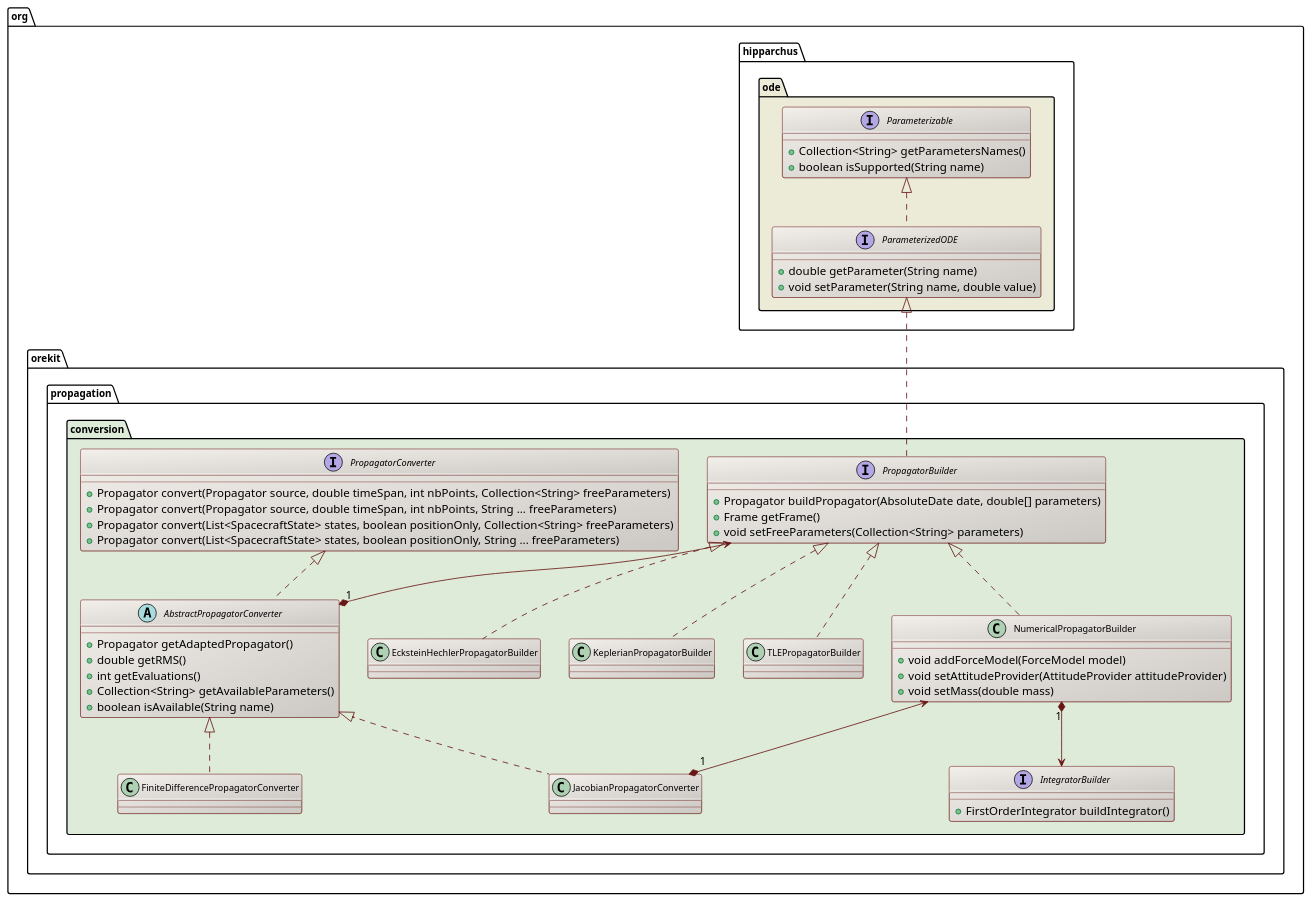
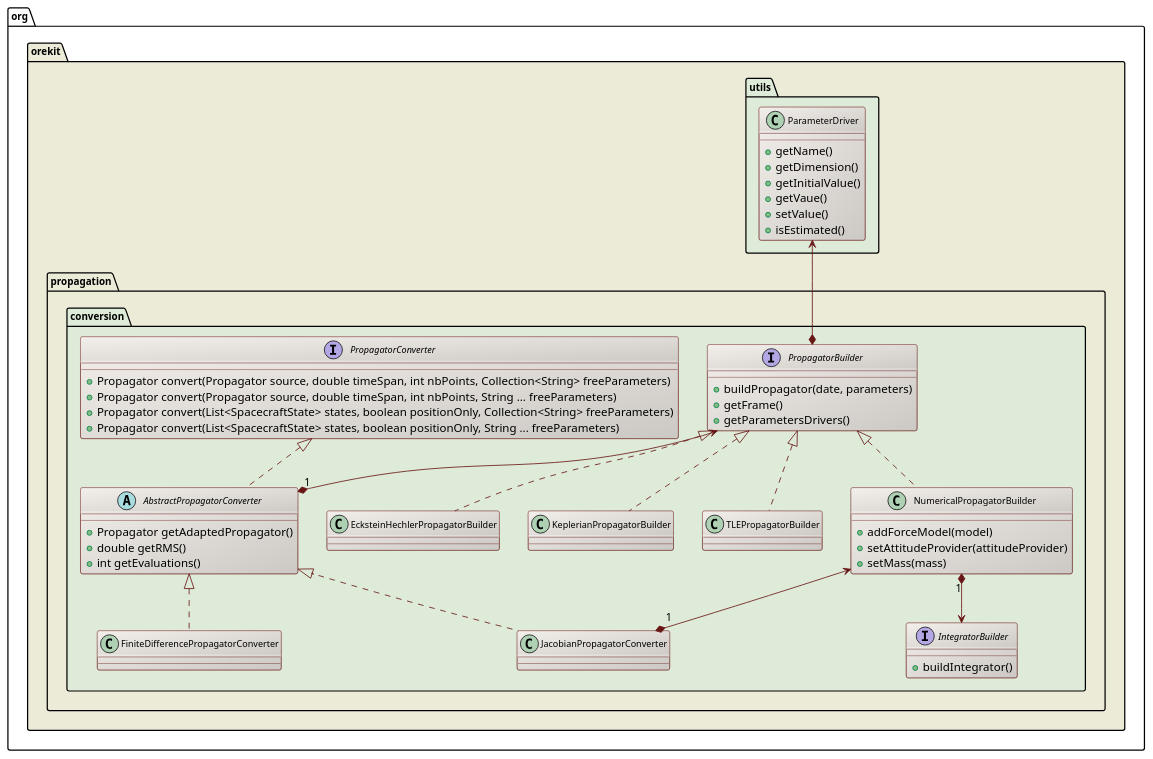
Before and after one commit to CS-SI/Orekit: the diagram in src/design/propagator-conversion-class-diagram.puml, drawn with PlantUML. The commit also changed 7 other files, not shown here.

Commit message:
Updated UML diagrams with latest version.

```diff
--- a/src/design/propagator-conversion-class-diagram.puml
+++ b/src/design/propagator-conversion-class-diagram.puml
@@ -17,88 +17,83 @@
 @startuml
 
   skinparam svek                  true
   skinparam ClassBackgroundColor  #F3EFEB/CCC9C5
   skinparam ClassArrowColor       #691616
   skinparam ClassBorderColor      #691616
   skinparam NoteBackgroundColor   #F3EFEB
   skinparam NoteBorderColor       #691616
   skinparam NoteFontColor         #691616
   skinparam ClassFontSize         11
   skinparam PackageFontSize       12
 
-  package org.hipparchus.ode #ECEBD8 {
-
-    interface Parameterizable {
-      +Collection<String> getParametersNames()
-      +boolean isSupported(String name) 
+  package org.orekit #ECEBD8 {
+    package utils #DDEBD8 {
+      class ParameterDriver {
+        +getName()
+        +getDimension()
+        +getInitialValue()
+        +getVaue()
+        +setValue()
+        +isEstimated()
+      }
     }
 
-    interface ParameterizedODE {
-      +double getParameter(String name) 
-      +void setParameter(String name, double value)
+    package propagation.conversion #DDEBD8 {
+
+      interface PropagatorBuilder {
+        +buildPropagator(date, parameters)
+        +getFrame()
+        +getParametersDrivers()
+      }
+
+      class EcksteinHechlerPropagatorBuilder
+      class KeplerianPropagatorBuilder
+      class TLEPropagatorBuilder
+
+      class NumericalPropagatorBuilder {
+        +addForceModel(model)
+        +setAttitudeProvider(attitudeProvider)
+        +setMass(mass)
+      }
+
+      interface PropagatorConverter {
+        +Propagator convert(Propagator source, double timeSpan, int nbPoints, Collection<String> freeParameters)
+        +Propagator convert(Propagator source, double timeSpan, int nbPoints, String ... freeParameters)
+        +Propagator convert(List<SpacecraftState> states, boolean positionOnly, Collection<String> freeParameters)
+        +Propagator convert(List<SpacecraftState> states, boolean positionOnly, String ... freeParameters)
+      }
+
+      abstract class AbstractPropagatorConverter {
+        +Propagator getAdaptedPropagator()
+        +double getRMS()
+        +int getEvaluations()
+      }
+
+      class FiniteDifferencePropagatorConverter
+      class JacobianPropagatorConverter
+
+      interface IntegratorBuilder {
+        +buildIntegrator()
+      }
+
+      ParameterDriver  <--* PropagatorBuilder
+      PropagatorBuilder <|.. EcksteinHechlerPropagatorBuilder
+      PropagatorBuilder <|.. KeplerianPropagatorBuilder
+      PropagatorBuilder <|.. NumericalPropagatorBuilder
+      PropagatorBuilder <|.. TLEPropagatorBuilder
+
+      PropagatorConverter <|.. AbstractPropagatorConverter
+      AbstractPropagatorConverter <|.. JacobianPropagatorConverter
+      AbstractPropagatorConverter <|.. FiniteDifferencePropagatorConverter
+
+      PropagatorBuilder <--* "1" AbstractPropagatorConverter
+
+      NumericalPropagatorBuilder <-* "1" JacobianPropagatorConverter
+
+      NumericalPropagatorBuilder "1" *--> IntegratorBuilder
+
     }
-    
-    Parameterizable <|.. ParameterizedODE
-
-  }
-
-  package org.orekit.propagation.conversion #DDEBD8 {
-
-    interface PropagatorBuilder {
-      +Propagator buildPropagator(AbsoluteDate date, double[] parameters)
-      +Frame getFrame()
-      +void setFreeParameters(Collection<String> parameters)
-    }
-
-    class EcksteinHechlerPropagatorBuilder
-    class KeplerianPropagatorBuilder
-    class TLEPropagatorBuilder
-
-    class NumericalPropagatorBuilder {
-      +void addForceModel(ForceModel model)
-      +void setAttitudeProvider(AttitudeProvider attitudeProvider)
-      +void setMass(double mass)
-    }
-
-    interface PropagatorConverter {
-      +Propagator convert(Propagator source, double timeSpan, int nbPoints, Collection<String> freeParameters)
-      +Propagator convert(Propagator source, double timeSpan, int nbPoints, String ... freeParameters)
-      +Propagator convert(List<SpacecraftState> states, boolean positionOnly, Collection<String> freeParameters)
-      +Propagator convert(List<SpacecraftState> states, boolean positionOnly, String ... freeParameters)
-    }
-
-    abstract class AbstractPropagatorConverter {
-      +Propagator getAdaptedPropagator()
-      +double getRMS()
-      +int getEvaluations()
-      +Collection<String> getAvailableParameters()
-      +boolean isAvailable(String name)
-    }
-
-    class FiniteDifferencePropagatorConverter
-    class JacobianPropagatorConverter
-
-    interface IntegratorBuilder {
-      +FirstOrderIntegrator buildIntegrator()
-    }
-
-    ParameterizedODE  <|.. PropagatorBuilder
-    PropagatorBuilder <|.. EcksteinHechlerPropagatorBuilder
-    PropagatorBuilder <|.. KeplerianPropagatorBuilder
-    PropagatorBuilder <|.. NumericalPropagatorBuilder
-    PropagatorBuilder <|.. TLEPropagatorBuilder
-
-    PropagatorConverter <|.. AbstractPropagatorConverter
-    AbstractPropagatorConverter <|.. JacobianPropagatorConverter
-    AbstractPropagatorConverter <|.. FiniteDifferencePropagatorConverter
-
-    PropagatorBuilder <--* "1" AbstractPropagatorConverter
-
-    NumericalPropagatorBuilder <-* "1" JacobianPropagatorConverter
-
-    NumericalPropagatorBuilder "1" *--> IntegratorBuilder
-
   }
 
 
 @enduml
```
